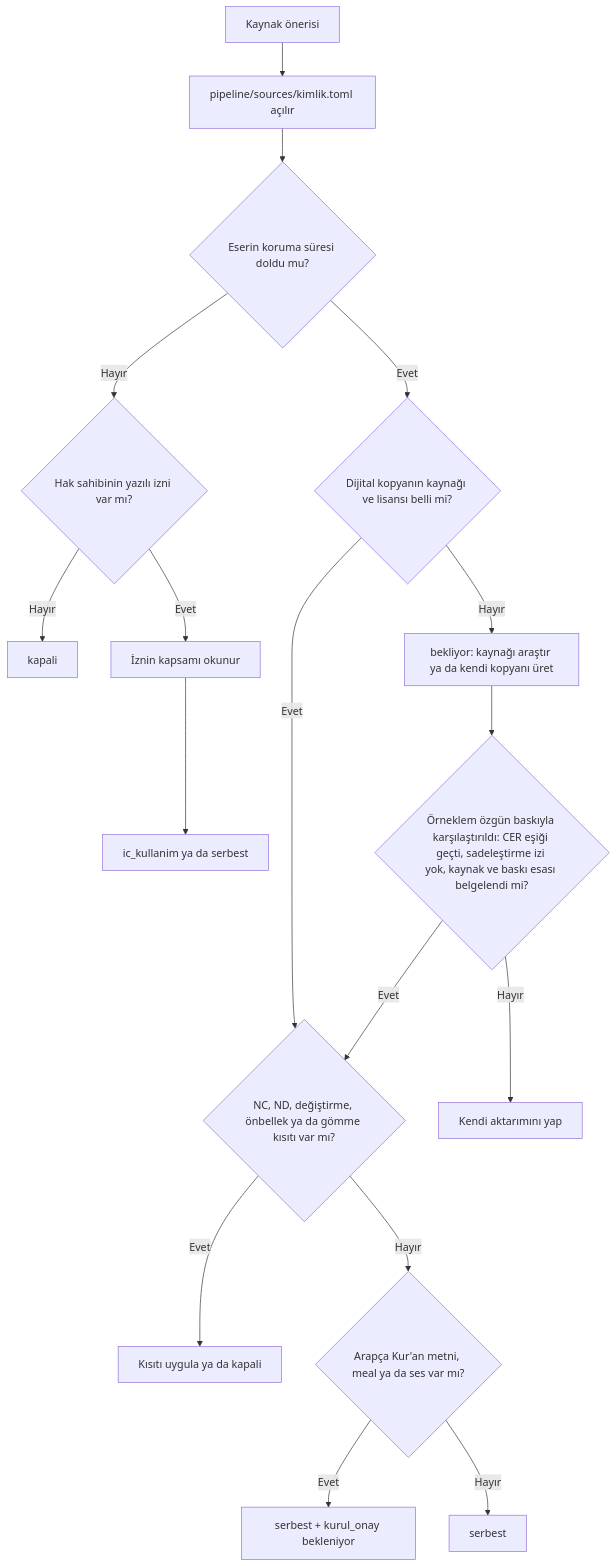
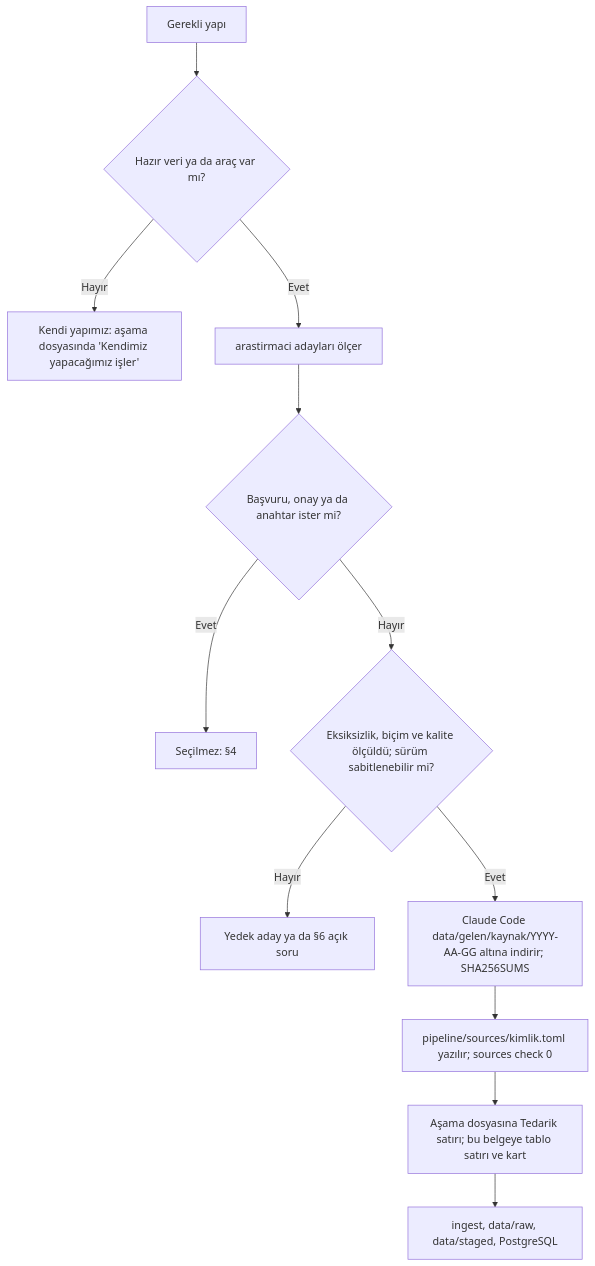
Before and after one commit to karasaid379-hue/mutalaa: the diagram in docs/04-icerik/01-kaynaklar.md, drawn with Mermaid. The commit also changed other lines of this file and 7 other files, not shown here.

````diff
--- a/docs/04-icerik/01-kaynaklar.md
+++ b/docs/04-icerik/01-kaynaklar.md
@@ -292,18 +485,14 @@
 ```mermaid
 flowchart TD
-  A[Kaynak önerisi] --> B[pipeline/sources/kimlik.toml açılır]
-  B --> C{Eserin koruma süresi doldu mu?}
-  C -- Hayır --> D{Hak sahibinin yazılı izni var mı?}
-  D -- Hayır --> K[kapali]
-  D -- Evet --> E[İznin kapsamı okunur] --> P[ic_kullanim ya da serbest]
-  C -- Evet --> F{Dijital kopyanın kaynağı ve lisansı belli mi?}
-  F -- Hayır --> G[bekliyor: kaynağı araştır ya da kendi kopyanı üret]
-  G --> G2{"Örneklem özgün baskıyla karşılaştırıldı: CER eşiği geçti, sadeleştirme izi yok, kaynak ve baskı esası belgelendi mi?"}
-  G2 -- Evet --> H
-  G2 -- Hayır --> G3[Kendi aktarımını yap]
-  F -- Evet --> H{NC, ND, değiştirme, önbellek ya da gömme kısıtı var mı?}
-  H -- Evet --> I[Kısıtı uygula ya da kapali]
-  H -- Hayır --> J{Arapça Kur'an metni, meal ya da ses var mı?}
-  J -- Evet --> L[serbest + kurul_onay bekleniyor]
-  J -- Hayır --> M[serbest]
+  A["Gerekli yapı"] --> B{"Hazır veri ya da araç var mı?"}
+  B -- "Hayır" --> K["Kendi yapımız: aşama dosyasında 'Kendimiz yapacağımız işler'"]
+  B -- "Evet" --> C["arastirmaci adayları ölçer"]
+  C --> D{"Başvuru, onay ya da anahtar ister mi?"}
+  D -- "Evet" --> X["Seçilmez: §4"]
+  D -- "Hayır" --> E{"Eksiksizlik, biçim ve kalite ölçüldü; sürüm sabitlenebilir mi?"}
+  E -- "Hayır" --> Y["Yedek aday ya da §6 açık soru"]
+  E -- "Evet" --> F["Claude Code data/gelen/kaynak/YYYY-AA-GG altına indirir; SHA256SUMS"]
+  F --> G["pipeline/sources/kimlik.toml yazılır; sources check 0"]
+  G --> H["Aşama dosyasına Tedarik satırı; bu belgeye tablo satırı ve kart"]
+  H --> I["ingest, data/raw, data/staged, PostgreSQL"]
 ```
````
